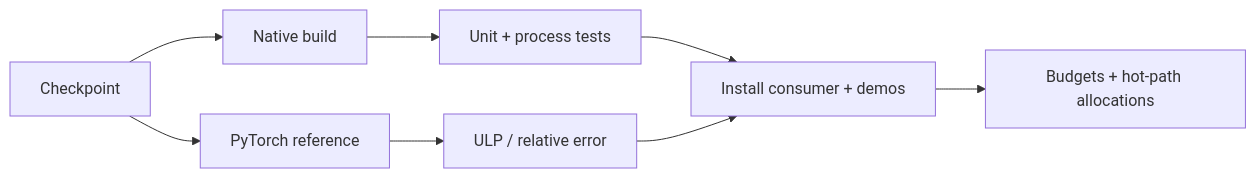
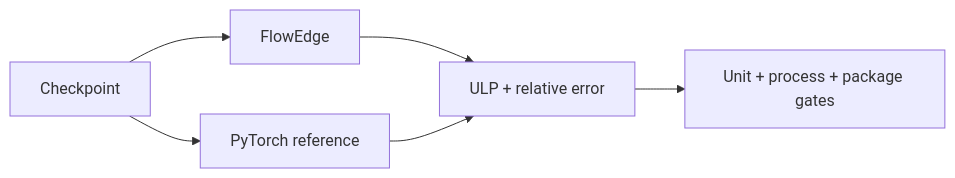
One commit to elprofesoriqo/FlowEdge changed the diagram in docs/guides/verification.md. Above: the diagram before and after it, drawn with Mermaid. The commit also changed other lines of this file and 19 other files, not shown here.

````diff
--- a/docs/guides/verification.md
+++ b/docs/guides/verification.md
@@ -5,10 +18,8 @@
 ```{mermaid}
 flowchart LR
-  C[Checkpoint] --> N[Native build]
+  C[Checkpoint] --> F[FlowEdge]
   C --> P[PyTorch reference]
-  N --> T[Unit + process tests]
-  P --> U[ULP / relative error]
-  T --> G[Install consumer + demos]
-  U --> G
-  G --> B[Budgets + hot-path allocations]
+  F --> V[ULP + relative error]
+  P --> V
+  V --> T[Unit + process + package gates]
 ```
````
